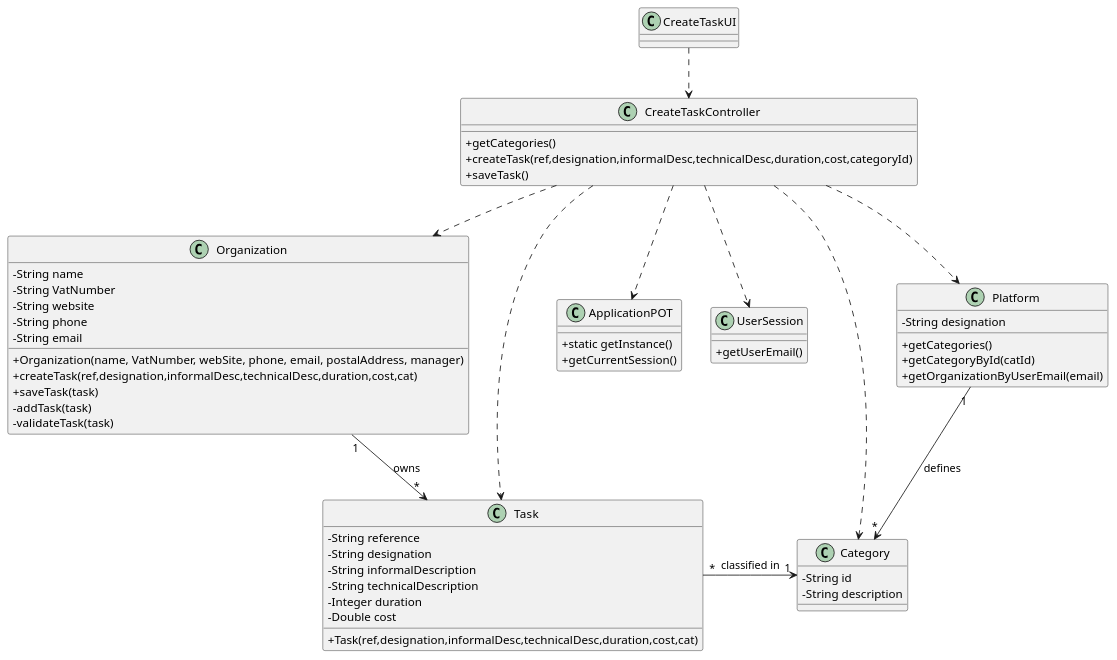
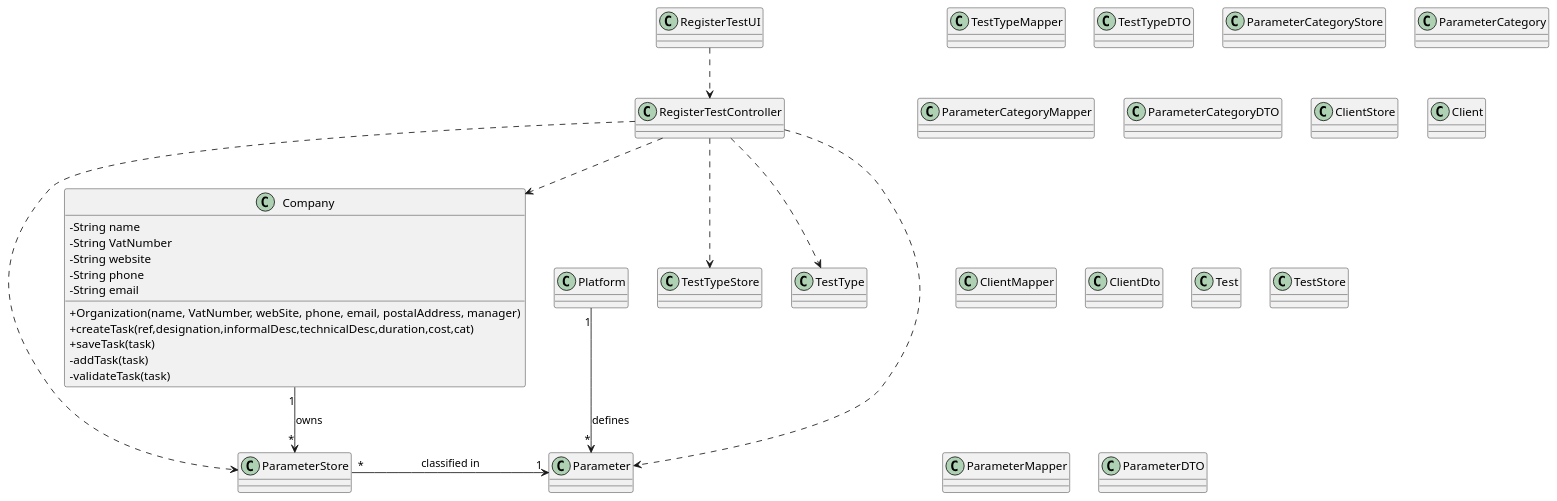
Before and after one commit to manu-07-ela/LAPR2_ISEP: the diagram in docs/SprintC/US04/US04_CD.puml, drawn with PlantUML. The commit also changed 2 other files, not shown here.

```diff
--- a/docs/SprintC/US04/US04_CD.puml
+++ b/docs/SprintC/US04/US04_CD.puml
@@ -1,72 +1,108 @@
 @startuml
 skinparam classAttributeIconSize 0
 
-class ApplicationPOT
-{
-  +static getInstance()
-  +getCurrentSession()
+class TestTypeStore{
+
 }
 
-class UserSession
-{
-  +getUserEmail()
+class TestType{
+
 }
 
-class Task {
-  -String reference
-  -String designation
-  -String informalDescription
-  -String technicalDescription
-  -Integer duration
-  -Double cost
-  +Task(ref,designation,informalDesc,technicalDesc,duration,cost,cat)
+class TestTypeMapper{
+
 }
 
-class Category {
-  -String id
-  -String description
+class TestTypeDTO{
+
 }
 
-class Organization {
+class ParameterCategoryStore {
+
+}
+
+class ParameterCategory {
+
+}
+
+class ParameterCategoryMapper{
+
+}
+
+class ParameterCategoryDTO{
+
+}
+
+class ClientStore{
+
+}
+
+class Client{
+
+}
+
+class ClientMapper{
+
+}
+
+class ClientDto{
+
+}
+
+class Test{
+
+}
+
+class TestStore{
+
+}
+
+class ParameterStore {
+
+}
+
+class Parameter {
+
+}
+
+class ParameterMapper{
+
+}
+
+class ParameterDTO{
+
+}
+
+class Company {
   -String name
   -String VatNumber
   -String website
   -String phone
   -String email
   +Organization(name, VatNumber, webSite, phone, email, postalAddress, manager)
   +createTask(ref,designation,informalDesc,technicalDesc,duration,cost,cat)
   +saveTask(task)
   -addTask(task)
   -validateTask(task)
 }
 
-class Platform {
-  -String designation
-  +getCategories()
-  +getCategoryById(catId)
-  +getOrganizationByUserEmail(email)
-}
-
-class CreateTaskController {
-  +getCategories()
-  +createTask(ref,designation,informalDesc,technicalDesc,duration,cost,categoryId)
-  +saveTask()
-}
-
-class CreateTaskUI {
+class RegisterTestController {
 
 }
 
-CreateTaskUI ..> CreateTaskController
-CreateTaskController ..> Platform
-CreateTaskController ..> Category
-CreateTaskController ..> Task
-CreateTaskController ..> Organization
-CreateTaskController ..> ApplicationPOT
-CreateTaskController ..> UserSession
-Task "*" -> "1" Category : classified in
-Platform "1" --> "*" Category : defines
-Organization "1" --> "*" Task : owns
+class RegisterTestUI {
+
+}
+
+RegisterTestUI ..> RegisterTestController
+RegisterTestController ..> Parameter
+RegisterTestController ..> ParameterStore
+RegisterTestController ..> Company
+RegisterTestController ..> TestTypeStore
+RegisterTestController ..> TestType
+ParameterStore "*" -> "1" Parameter : classified in
+Platform "1" --> "*" Parameter : defines
+Company "1" --> "*" ParameterStore : owns
 
 
 @enduml
```
